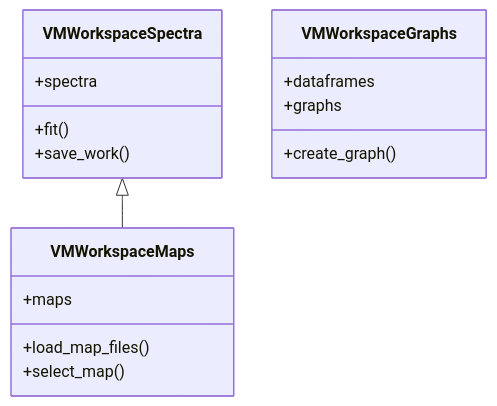
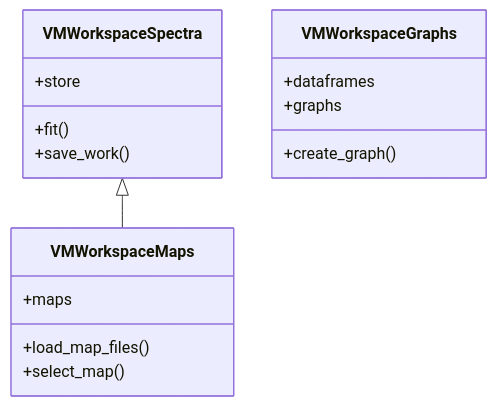
One commit to CEA-MetroCarac/SPECTROview changed the fifth of 5 diagrams in docs/developer/index.md. Above: the diagram before and after it, drawn with Mermaid. The commit also changed other lines of this file and 17 other files, not shown here.

Commit message:
SPECTRA_STORE1: Spectra Workspace: fix Copy/paste/substract baseline

````diff
--- a/docs/developer/index.md
+++ b/docs/developer/index.md
@@ -200,22 +199,22 @@
 ```mermaid
 classDiagram
     class VMWorkspaceSpectra {
-        +spectra
+        +store
         +fit()
         +save_work()
     }
 
     class VMWorkspaceMaps {
         +maps
         +load_map_files()
         +select_map()
     }
 
     class VMWorkspaceGraphs {
         +dataframes
         +graphs
         +create_graph()
     }
 
     VMWorkspaceSpectra <|-- VMWorkspaceMaps
 ```
````
